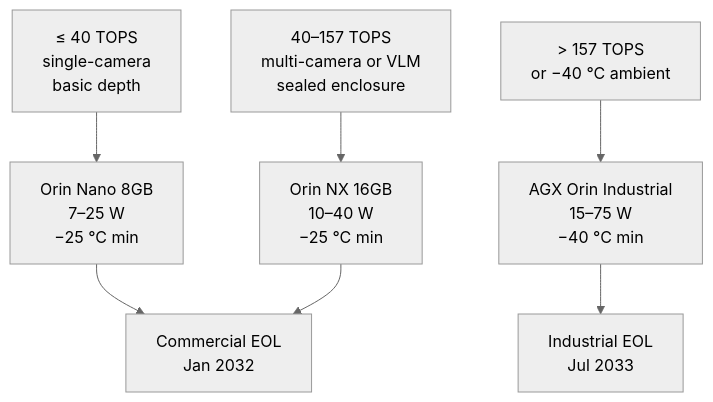
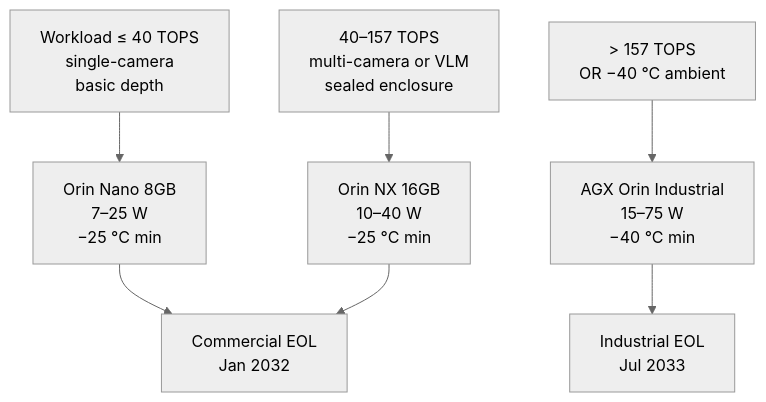
One commit to TacTun/brain4machinery-website changed the first of 2 diagrams in src/content/guides/custom-jetson-carrier-board-design.mdx. Above: the diagram before and after it, drawn with Mermaid (neutral theme). The commit also changed other lines of this file and 7 other files, not shown here.

````diff
--- a/src/content/guides/custom-jetson-carrier-board-design.mdx
+++ b/src/content/guides/custom-jetson-carrier-board-design.mdx
@@ -72,9 +72,11 @@
 ```mermaid
 flowchart TD
-    A["≤ 40 TOPS<br/>single-camera<br/>basic depth"] --> B["Orin Nano 8GB<br/>7–25 W<br/>−25 °C min"]
+    accTitle: Jetson Orin module selection for production robotics
+    accDescr: Workload thresholds map to one of three Jetson Orin modules. Up to 40 TOPS for single-camera or basic depth use the Orin Nano 8GB. 40 to 157 TOPS for multi-camera or vision-language model workloads in a sealed enclosure use the Orin NX 16GB. Above 157 TOPS or a minus 40 degrees Celsius ambient requirement use the AGX Orin Industrial. Commercial modules end of life January 2032; AGX Orin Industrial extends to July 2033.
+    A["Workload ≤ 40 TOPS<br/>single-camera<br/>basic depth"] --> B["Orin Nano 8GB<br/>7–25 W<br/>−25 °C min"]
     C["40–157 TOPS<br/>multi-camera or VLM<br/>sealed enclosure"] --> D["Orin NX 16GB<br/>10–40 W<br/>−25 °C min"]
-    E["&gt; 157 TOPS<br/>or −40 °C ambient"] --> F["AGX Orin Industrial<br/>15–75 W<br/>−40 °C min"]
+    E["&gt; 157 TOPS<br/>OR −40 °C ambient"] --> F["AGX Orin Industrial<br/>15–75 W<br/>−40 °C min"]
     B --> G["Commercial EOL<br/>Jan 2032"]
     D --> G
     F --> H["Industrial EOL<br/>Jul 2033"]
 ```
````
